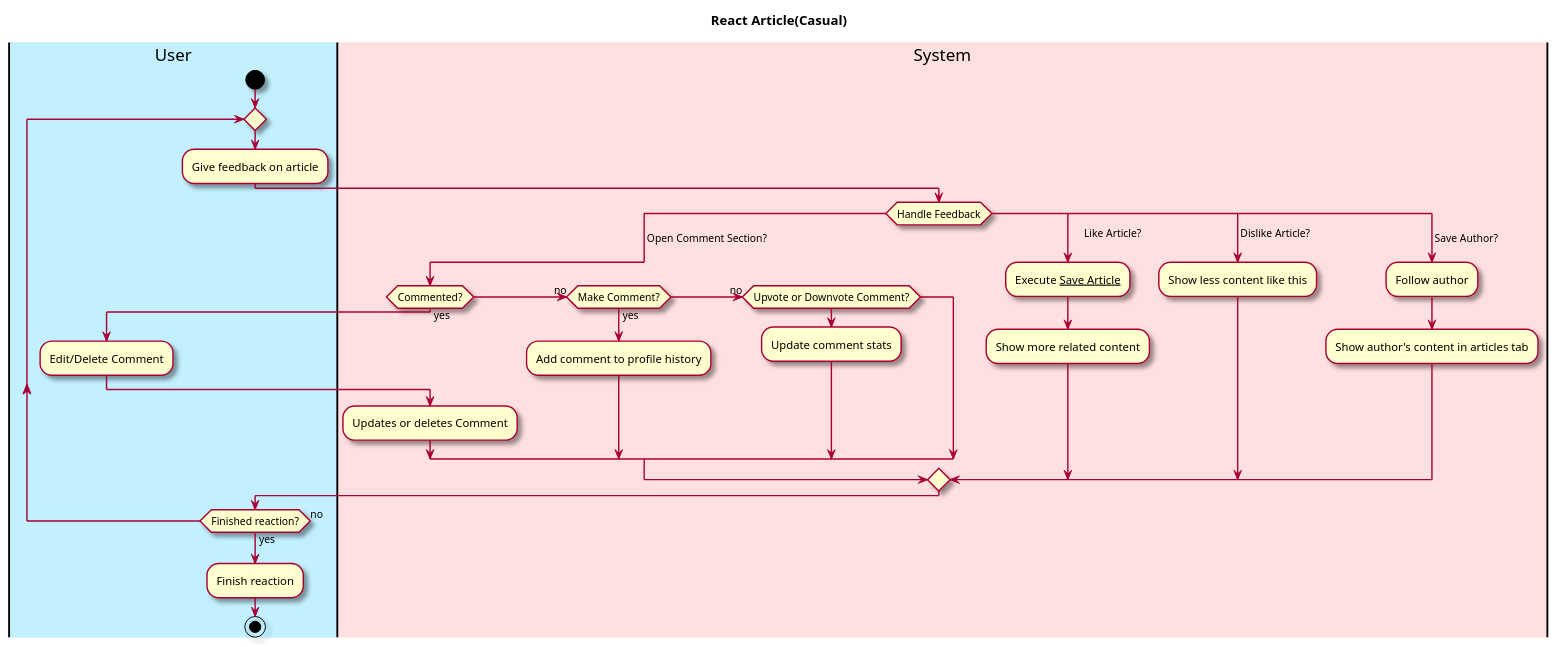
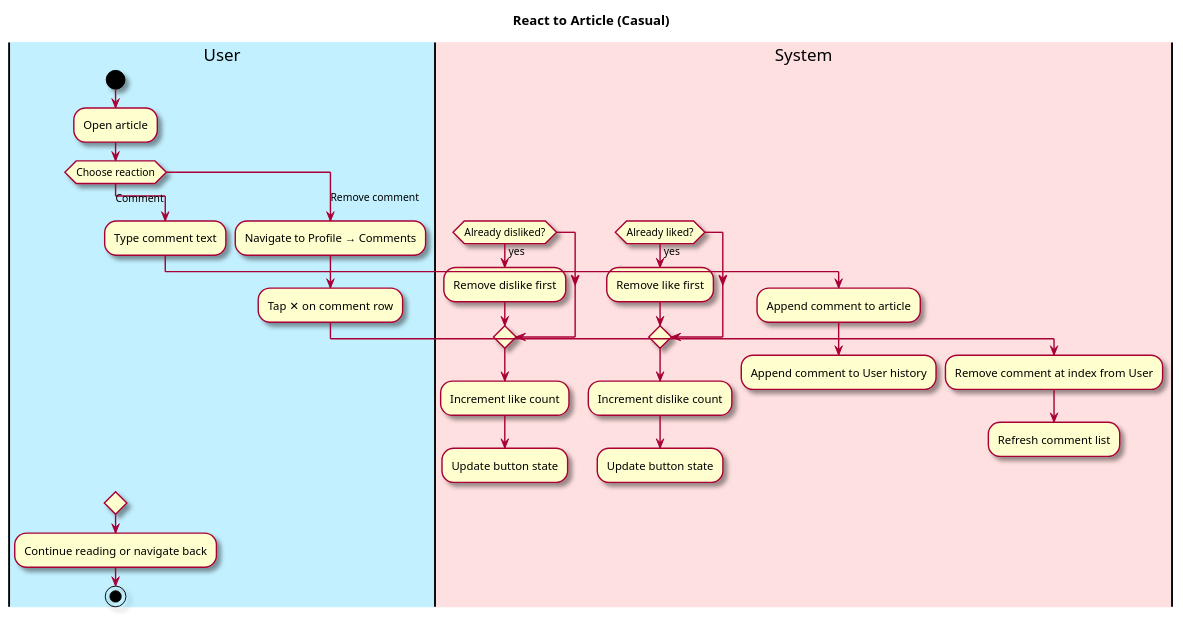
The first of 5 diagrams in intellij/doc/use-cases/react-article.md (owhitleym-ui/EcoScoop), drawn with PlantUML before and after one commit. The commit also changed other lines of this file and 12 other files, not shown here.

Commit message:
Updated documentation, class diagram, use cases, and readme

````diff
--- a/intellij/doc/use-cases/react-article.md
+++ b/intellij/doc/use-cases/react-article.md
@@ -27,51 +20,48 @@
 ```plantuml
 @startuml
-
 skin rose
 
-title React Article(Casual)
+title React to Article (Casual)
 
-'define the lanes
 |#application|User|
 |#implementation|System|
 
+|User|
+start
+:Open article;
+
+switch (Choose reaction)
+case (Like)
+  |System|
+  if (Already disliked?) then (yes)
+    :Remove dislike first;
+  endif
+  :Increment like count;
+  :Update button state;
+case (Dislike)
+  |System|
+  if (Already liked?) then (yes)
+    :Remove like first;
+  endif
+  :Increment dislike count;
+  :Update button state;
+case (Comment)
+  |User|
+  :Type comment text;
+  |System|
+  :Append comment to article;
+  :Append comment to User history;
+case (Remove comment)
+  |User|
+  :Navigate to Profile → Comments;
+  :Tap ✕ on comment row;
+  |System|
+  :Remove comment at index from User;
+  :Refresh comment list;
+endswitch
 
 |User|
-start
-repeat
-:Give feedback on article;
-|System|
-switch (Handle Feedback)
-    
-    case ( Open Comment Section?)
-        if(Commented?) then (yes)
-            |User|
-            :Edit/Delete Comment;
-            |System|
-            :Updates or deletes Comment;
-        (no)elseif (Make Comment?) then (yes)
-            |System|
-            :Add comment to profile history;
-        (no)elseif (Upvote or Downvote Comment?)
-            |System|
-            :Update comment stats;
-        endif
-    case (      Like Article?)
-        |System|
-        :Execute __Save Article__;
-        :Show more related content;
-    case ( Dislike Article?)
-        :Show less content like this;
-    case ( Save Author?) 
-        |System|
-        :Follow author;
-        :Show author's content in articles tab;
-endswitch
-
-
-|User|
-repeat while (Finished reaction?) is (no) not (yes)
-:Finish reaction;
+:Continue reading or navigate back;
 stop
 @enduml
 ```
````
